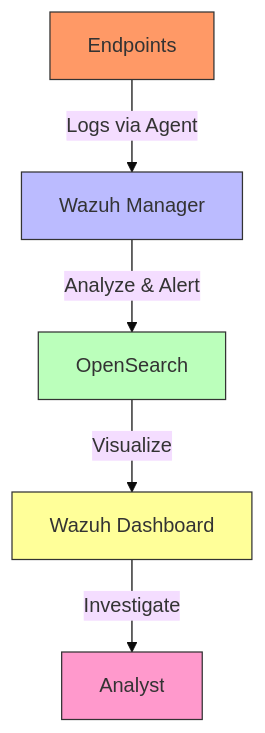
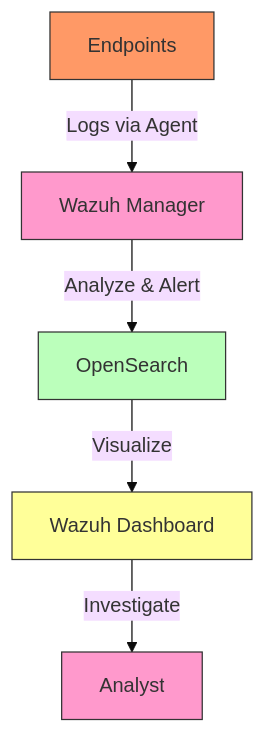
Before and after one commit to cyberhawk31337/Homelab-Wazuh-SIEM: the diagram in README.md, drawn with Mermaid (base theme).

Commit message:
Update style color for node B in diagram

````diff
--- a/README.md
+++ b/README.md
@@ -17,13 +17,13 @@
 ```mermaid
 graph TD
     A[Endpoints] -->|Logs via Agent| B[Wazuh Manager]
     B -->|Analyze & Alert| C[OpenSearch]
     C -->|Visualize| D[Wazuh Dashboard]
     D -->|Investigate| E[Analyst]
     
     style A fill:#f96,stroke:#333
-    style B fill:#bbf,stroke:#333
+    style B fill:#f9c,stroke:#333
     style C fill:#bfb,stroke:#333
     style D fill:#ff9,stroke:#333
     style E fill:#f9c,stroke:#333
 ```
````
